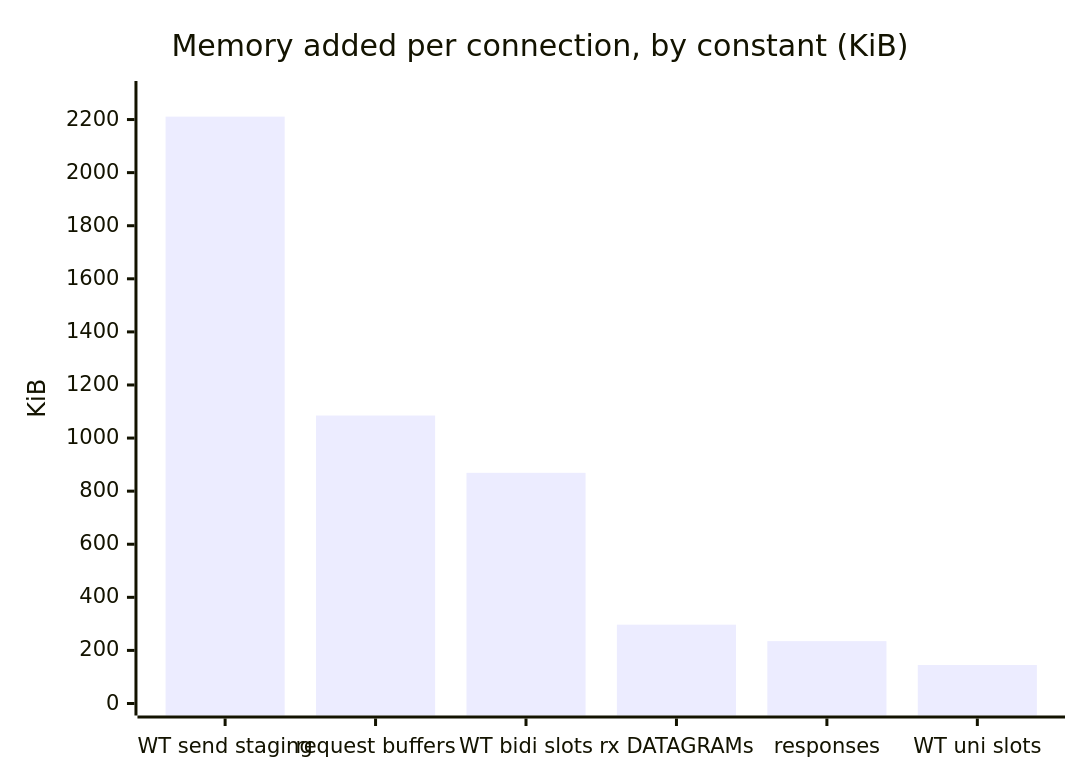
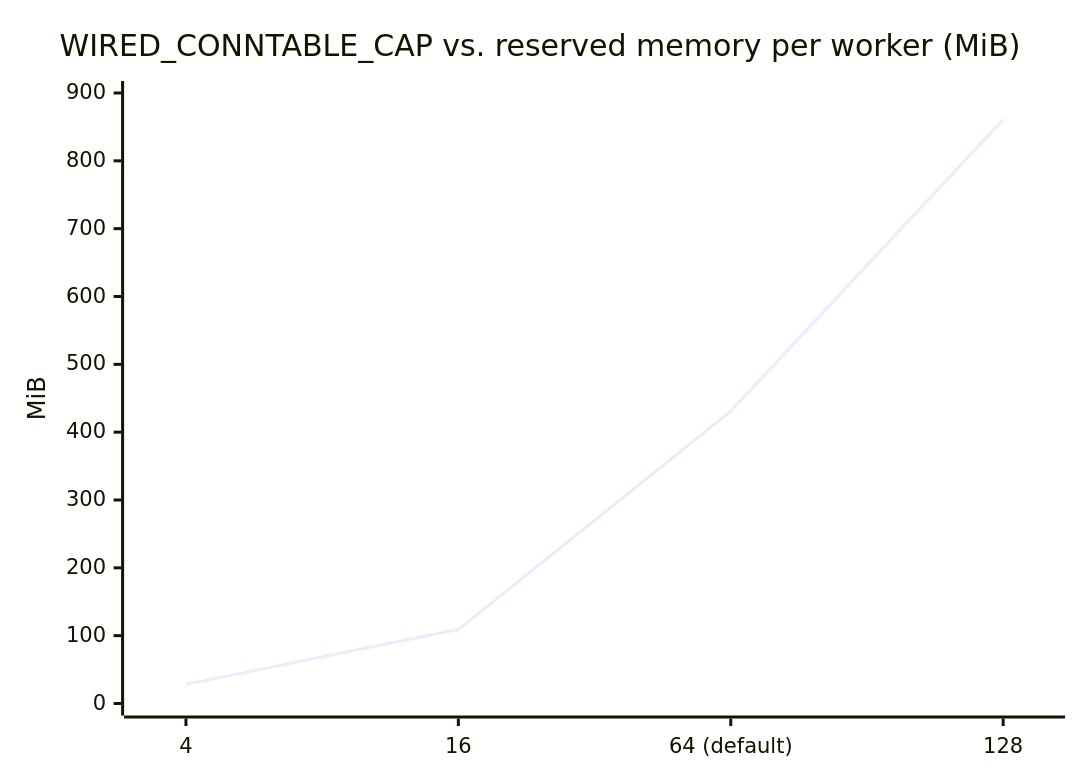
One commit to Hakkadaikon/wired changed the ninth of 9 diagrams in docs/arch/memory.md. Above: the diagram before and after it, drawn with Mermaid. The commit also changed other lines of this file, not shown here.

First line of the commit message:
docs(arch): rewrite memory sizing around the current constants

````diff
--- a/docs/arch/memory.md
+++ b/docs/arch/memory.md
@@ -110,7 +178,7 @@
 ```mermaid
 xychart-beta
-    title "Memory added per connection, by constant (KiB)"
-    x-axis ["WT send staging", "request buffers", "WT bidi slots", "rx DATAGRAMs", "responses", "WT uni slots"]
-    y-axis "KiB" 0 --> 2300
-    bar [2211, 1085, 869, 297, 235, 145]
+    title "WIRED_CONNTABLE_CAP vs. reserved memory per worker (MiB)"
+    x-axis ["4", "16", "64 (default)", "128"]
+    y-axis "MiB" 0 --> 900
+    line [28.5, 109, 431, 861]
 ```
````
